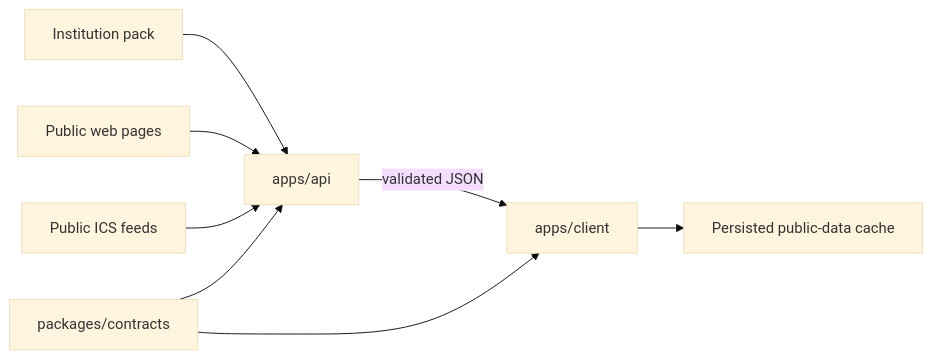
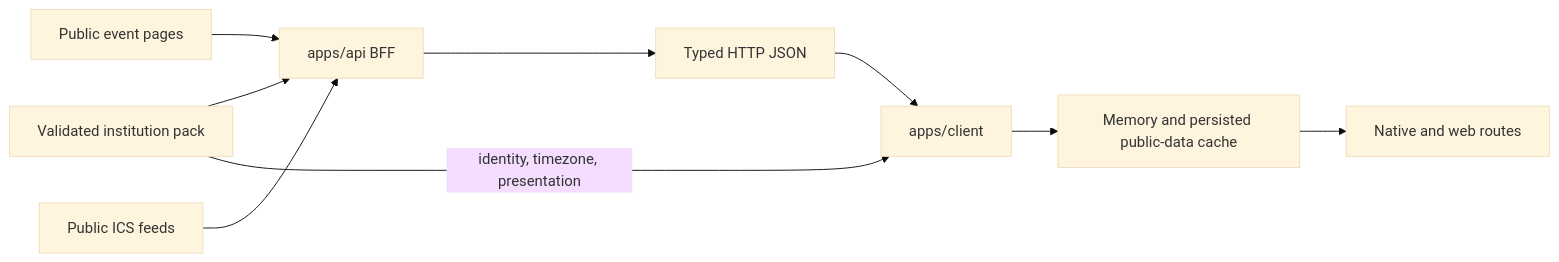
Before and after one commit to sebastianspicker/concourse: the first of 2 diagrams in docs/architecture.md, drawn with Mermaid (base theme). The commit also changed other lines of this file and 272 other files, not shown here.

```diff
--- a/docs/architecture.md
+++ b/docs/architecture.md
@@ -5,10 +11,20 @@
 ~~~mermaid
 flowchart LR
-  Pack[Institution pack] --> API[apps/api]
-  HTML[Public web pages] --> API
-  ICS[Public ICS feeds] --> API
-  API -->|validated JSON| Client[apps/client]
-  Contracts[packages/contracts] --> API
-  Contracts --> Client
-  Client --> Cache[Persisted public-data cache]
+  Pack[Validated institution pack]
+  HTML[Public event pages]
+  ICS[Public ICS feeds]
+  API[apps/api BFF]
+  HTTP[Typed HTTP JSON]
+  Client[apps/client]
+  Cache[Memory and persisted public-data cache]
+  UI[Native and web routes]
+
+  Pack --> API
+  HTML --> API
+  ICS --> API
+  API --> HTTP
+  HTTP --> Client
+  Pack -->|identity, timezone, presentation| Client
+  Client --> Cache
+  Cache --> UI
 ~~~
```
